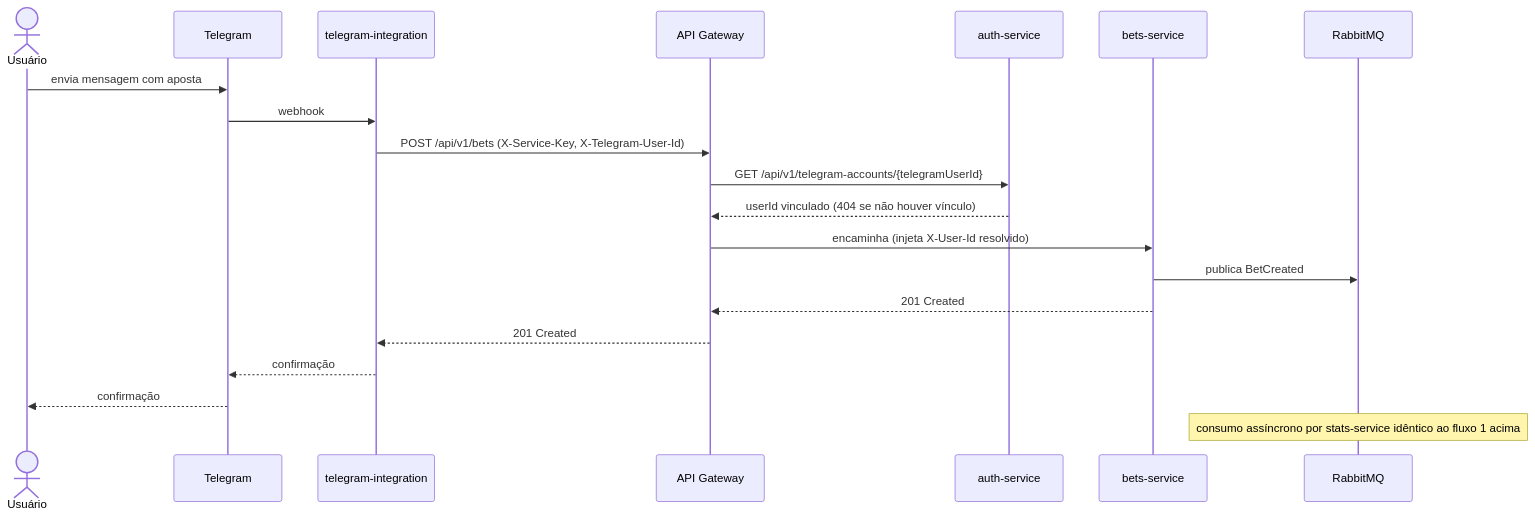
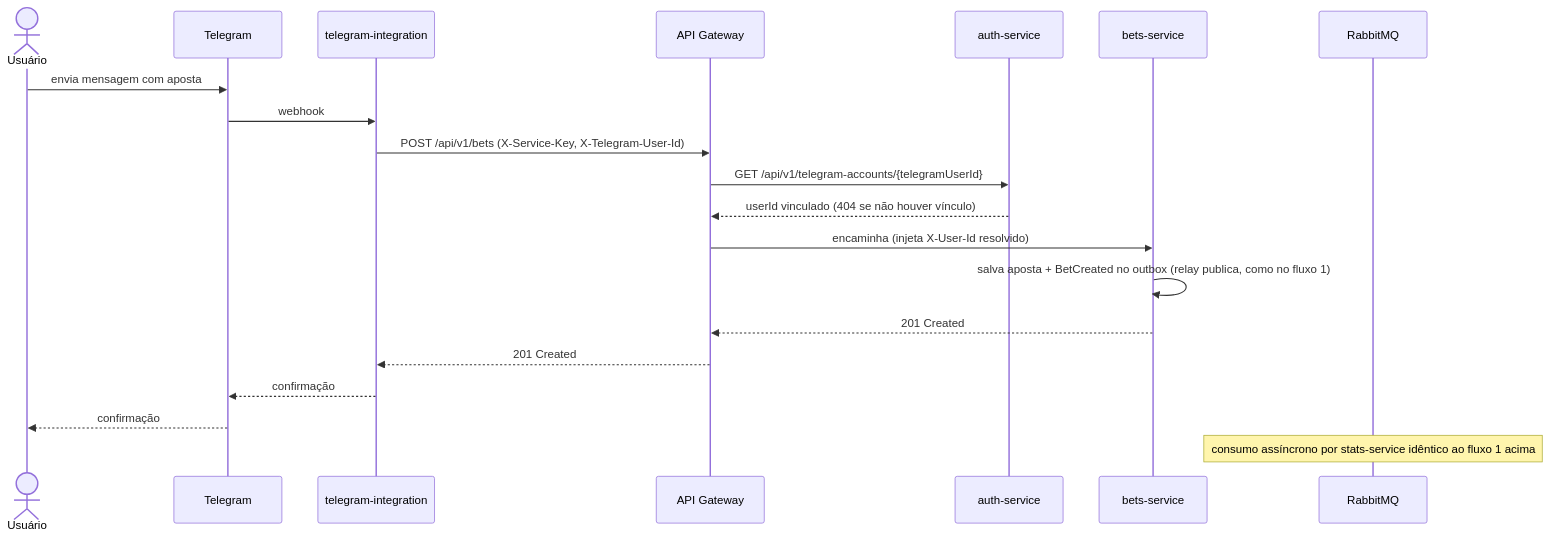
The second of 4 diagrams in docs/arquitetura.md (eimmig/sv-harness), drawn with Mermaid before and after one commit. The commit also changed other lines of this file and 3 other files, not shown here.

First line of the commit message:
docs(root): align architecture flows, bets ERD and cache keys with the code

````diff
--- a/docs/arquitetura.md
+++ b/docs/arquitetura.md
@@ -174,23 +178,23 @@
 ```mermaid
 sequenceDiagram
     actor U as Usuário
     participant TG as Telegram
     participant TI as telegram-integration
     participant GW as API Gateway
     participant AUTH as auth-service
     participant BS as bets-service
     participant MQ as RabbitMQ
 
     U->>TG: envia mensagem com aposta
     TG->>TI: webhook
     TI->>GW: POST /api/v1/bets (X-Service-Key, X-Telegram-User-Id)
     GW->>AUTH: GET /api/v1/telegram-accounts/{telegramUserId}
     AUTH-->>GW: userId vinculado (404 se não houver vínculo)
     GW->>BS: encaminha (injeta X-User-Id resolvido)
-    BS->>MQ: publica BetCreated
+    BS->>BS: salva aposta + BetCreated no outbox (relay publica, como no fluxo 1)
     BS-->>GW: 201 Created
     GW-->>TI: 201 Created
     TI-->>TG: confirmação
     TG-->>U: confirmação
     Note over MQ: consumo assíncrono por stats-service idêntico ao fluxo 1 acima
 ```
````
